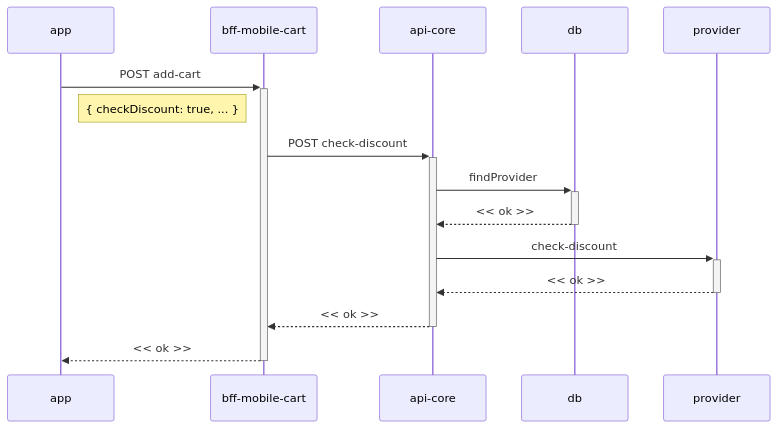
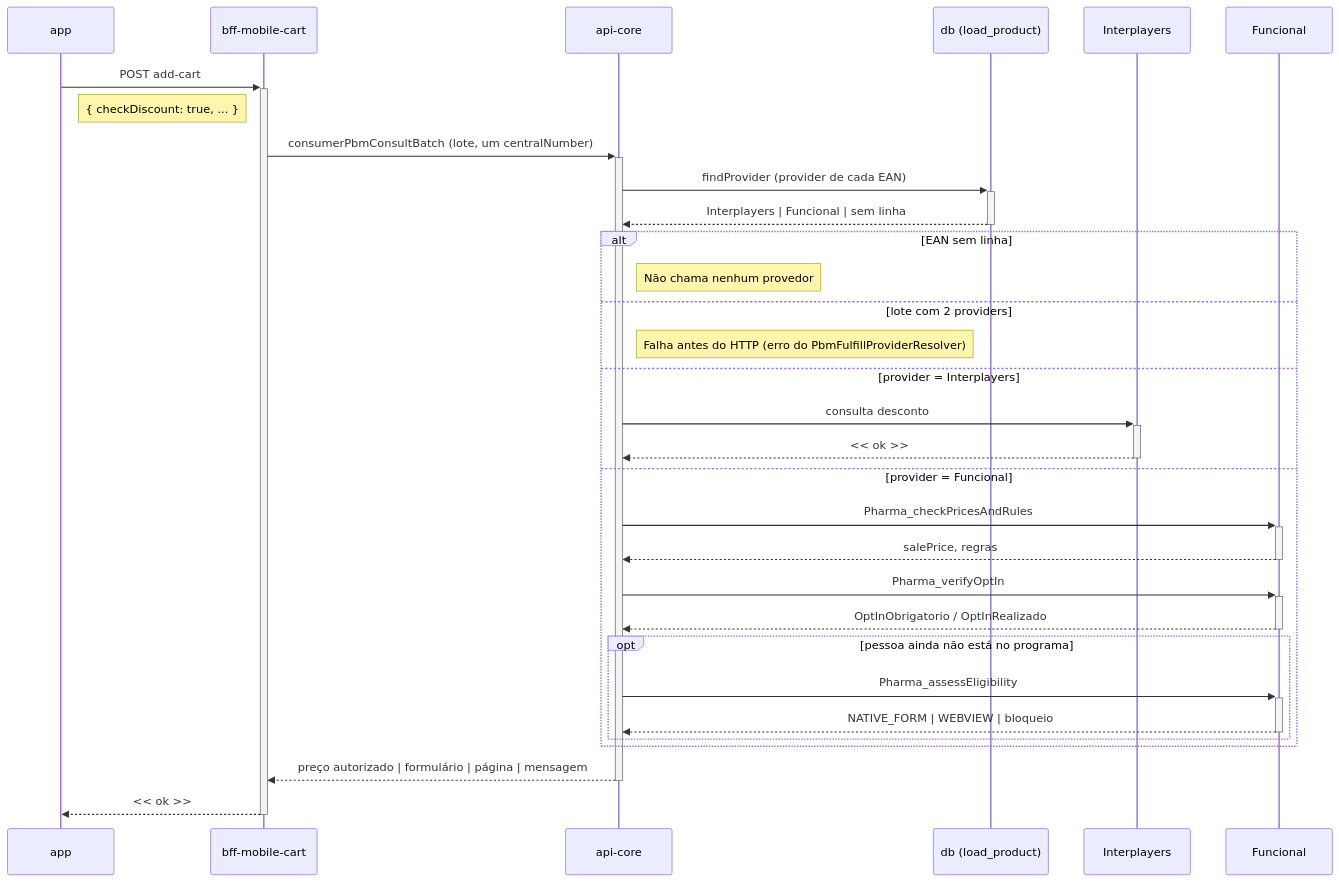
One commit to farmarcas/spec-kit-radar-ecommerce changed the diagram in specs/features/001-app-ecommerce/PBM/sequencia-pbm-ativar-desconto-cpf.md. Above: the diagram before and after it, drawn with Mermaid. The commit also changed other lines of this file and 11 other files, not shown here.

First line of the commit message:
Documenta integracao do provedor Funcional Card no PBM

````diff
--- a/specs/features/001-app-ecommerce/PBM/sequencia-pbm-ativar-desconto-cpf.md
+++ b/specs/features/001-app-ecommerce/PBM/sequencia-pbm-ativar-desconto-cpf.md
@@ -9,18 +10,36 @@
 ```mermaid
 sequenceDiagram
     participant app
     participant bff-mobile-cart
     participant api-core
-    participant db
-    participant provider
+    participant db as db (load_product)
+    participant interplayers as Interplayers
+    participant funcional as Funcional
 
     app->>+bff-mobile-cart: POST add-cart
     Note right of app: { checkDiscount: true, ... }
-    bff-mobile-cart->>+api-core: POST check-discount
-    api-core->>+db: findProvider
-    db-->>-api-core: << ok >>
-    api-core->>+provider: check-discount
-    provider-->>-api-core: << ok >>
-    api-core-->>-bff-mobile-cart: << ok >>
+    bff-mobile-cart->>+api-core: consumerPbmConsultBatch (lote, um centralNumber)
+    api-core->>+db: findProvider (provider de cada EAN)
+    db-->>-api-core: Interplayers | Funcional | sem linha
+
+    alt EAN sem linha
+        Note right of api-core: Não chama nenhum provedor
+    else lote com 2 providers
+        Note right of api-core: Falha antes do HTTP (erro do PbmFulfillProviderResolver)
+    else provider = Interplayers
+        api-core->>+interplayers: consulta desconto
+        interplayers-->>-api-core: << ok >>
+    else provider = Funcional
+        api-core->>+funcional: Pharma_checkPricesAndRules
+        funcional-->>-api-core: salePrice, regras
+        api-core->>+funcional: Pharma_verifyOptIn
+        funcional-->>-api-core: OptInObrigatorio / OptInRealizado
+        opt pessoa ainda não está no programa
+            api-core->>+funcional: Pharma_assessEligibility
+            funcional-->>-api-core: NATIVE_FORM | WEBVIEW | bloqueio
+        end
+    end
+
+    api-core-->>-bff-mobile-cart: preço autorizado | formulário | página | mensagem
     bff-mobile-cart-->>-app: << ok >>
 ```
````
